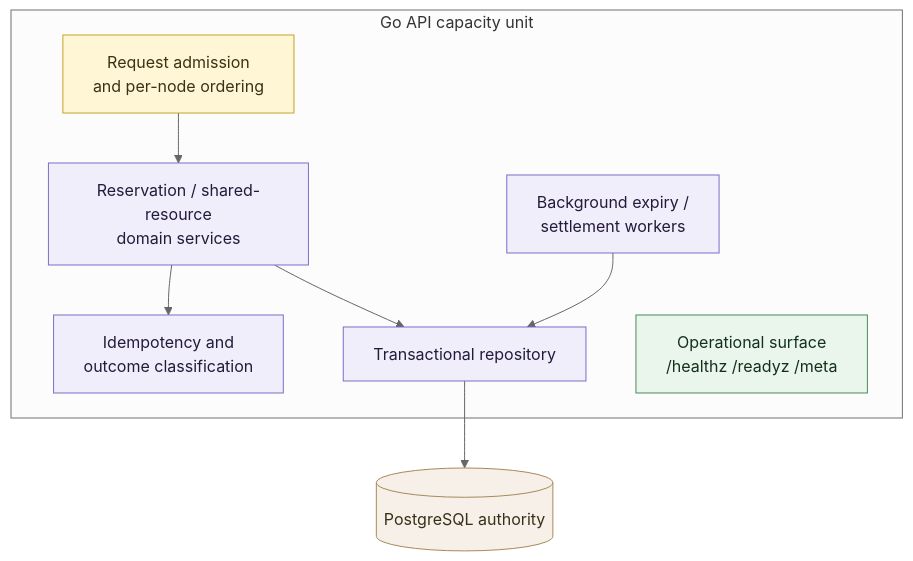
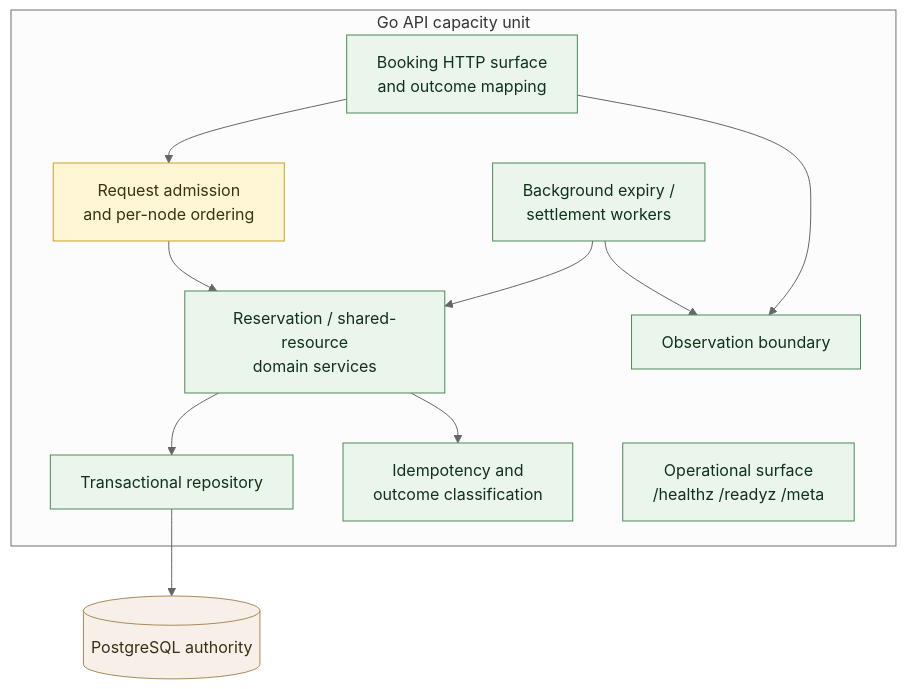
One commit to nancysworld/alloca-go changed the second of 3 diagrams in docs/design/system-context.md. Above: the diagram before and after it, drawn with Mermaid (neutral theme). The commit also changed other lines of this file and 35 other files, not shown here.

First line of the commit message:
AG-M1 PR5: HTTP booking surface, expiry worker, and observation boundary (#7)

````diff
--- a/docs/design/system-context.md
+++ b/docs/design/system-context.md
@@ -72,22 +73,25 @@
 ```mermaid
 flowchart TB
     subgraph node[Go API capacity unit]
-        adm[Request admission<br/>and per-node ordering]:::m0
-        dom[Reservation / shared-resource<br/>domain services]:::m1
-        idem[Idempotency and<br/>outcome classification]:::m1
-        repo[Transactional repository]:::m1
-        work[Background expiry /<br/>settlement workers]:::m1
+        adm[Request admission<br/>and per-node ordering]:::m2
+        api[Booking HTTP surface<br/>and outcome mapping]:::done
+        dom[Reservation / shared-resource<br/>domain services]:::done
+        idem[Idempotency and<br/>outcome classification]:::done
+        repo[Transactional repository]:::done
+        work[Background expiry /<br/>settlement workers]:::done
+        tel[Observation boundary]:::done
         ops[Operational surface<br/>/healthz /readyz /meta]:::done
     end
 
     pg[(PostgreSQL authority)]:::ext
 
-    adm --> dom --> repo --> pg
+    api --> adm --> dom --> repo --> pg
     dom --> idem
-    work --> repo
+    work --> dom
+    api --> tel
+    work --> tel
 
     classDef done fill:#eaf6ec,stroke:#4a8a5a,color:#12301a;
-    classDef m0 fill:#fff6d6,stroke:#c9a227,color:#3a3212;
-    classDef m1 fill:#f0eefb,stroke:#7a6ec9,color:#241a3a;
+    classDef m2 fill:#fff6d6,stroke:#c9a227,color:#3a3212;
     classDef ext fill:#f6f0e8,stroke:#a8895b,color:#3a2e1a;
 ```
````
